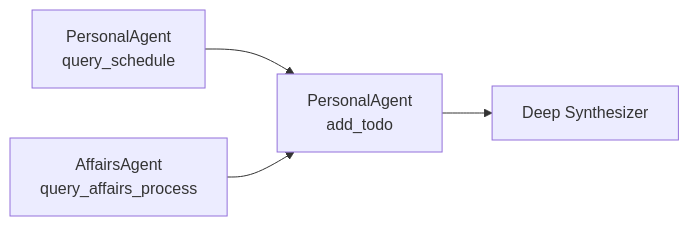
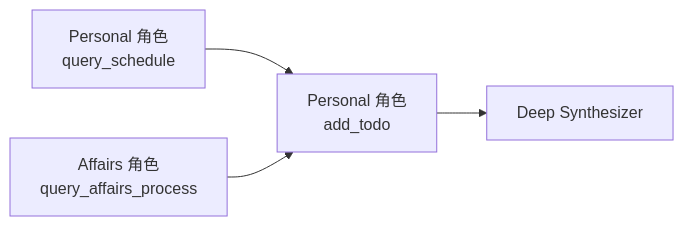
The second of 2 diagrams in README.md (iam-epiphany/XDU-EchoGuide), drawn with Mermaid before and after one commit. The commit also changed other lines of this file and 45 other files, not shown here.

````diff
--- a/README.md
+++ b/README.md
@@ -97,6 +113,6 @@
 ```mermaid
 flowchart LR
-    S["PersonalAgent<br/>query_schedule"] --> A["PersonalAgent<br/>add_todo"]
-    P["AffairsAgent<br/>query_affairs_process"] --> A
+    S["Personal 角色<br/>query_schedule"] --> A["Personal 角色<br/>add_todo"]
+    P["Affairs 角色<br/>query_affairs_process"] --> A
     A --> Y["Deep Synthesizer"]
 ```
````
